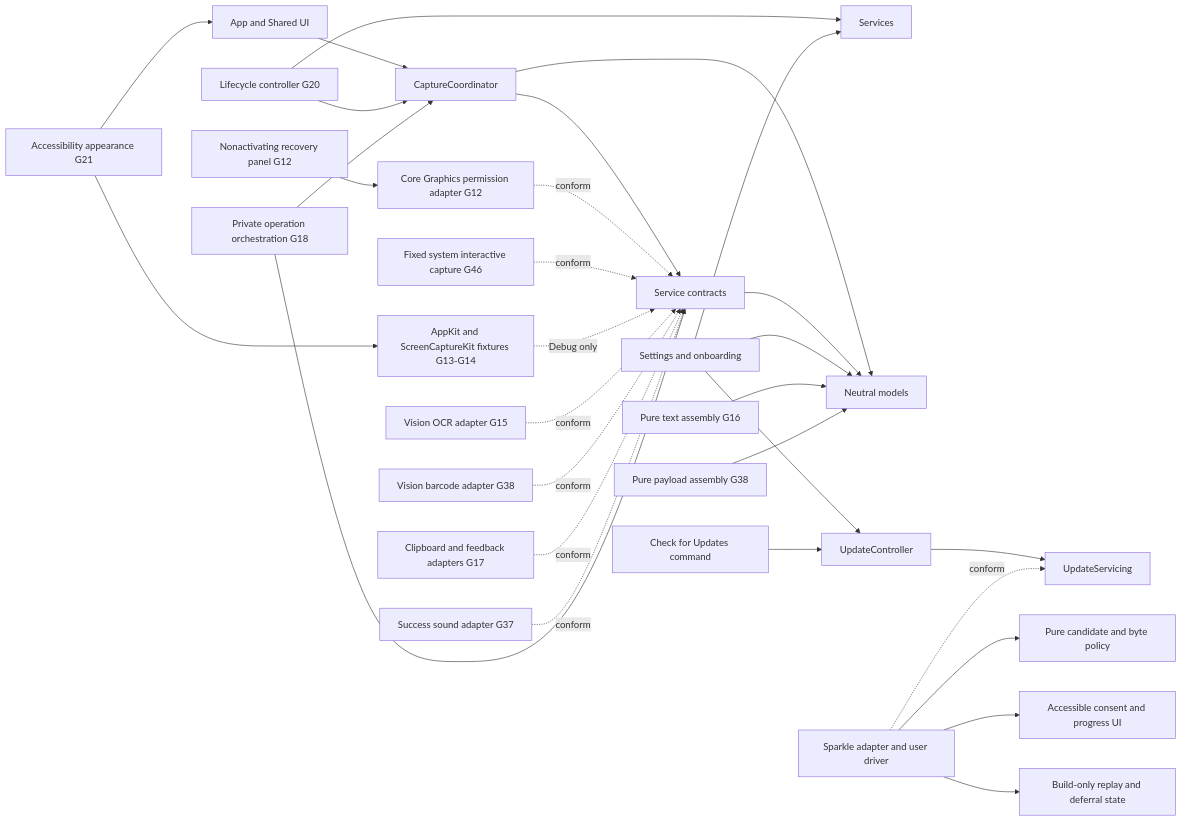
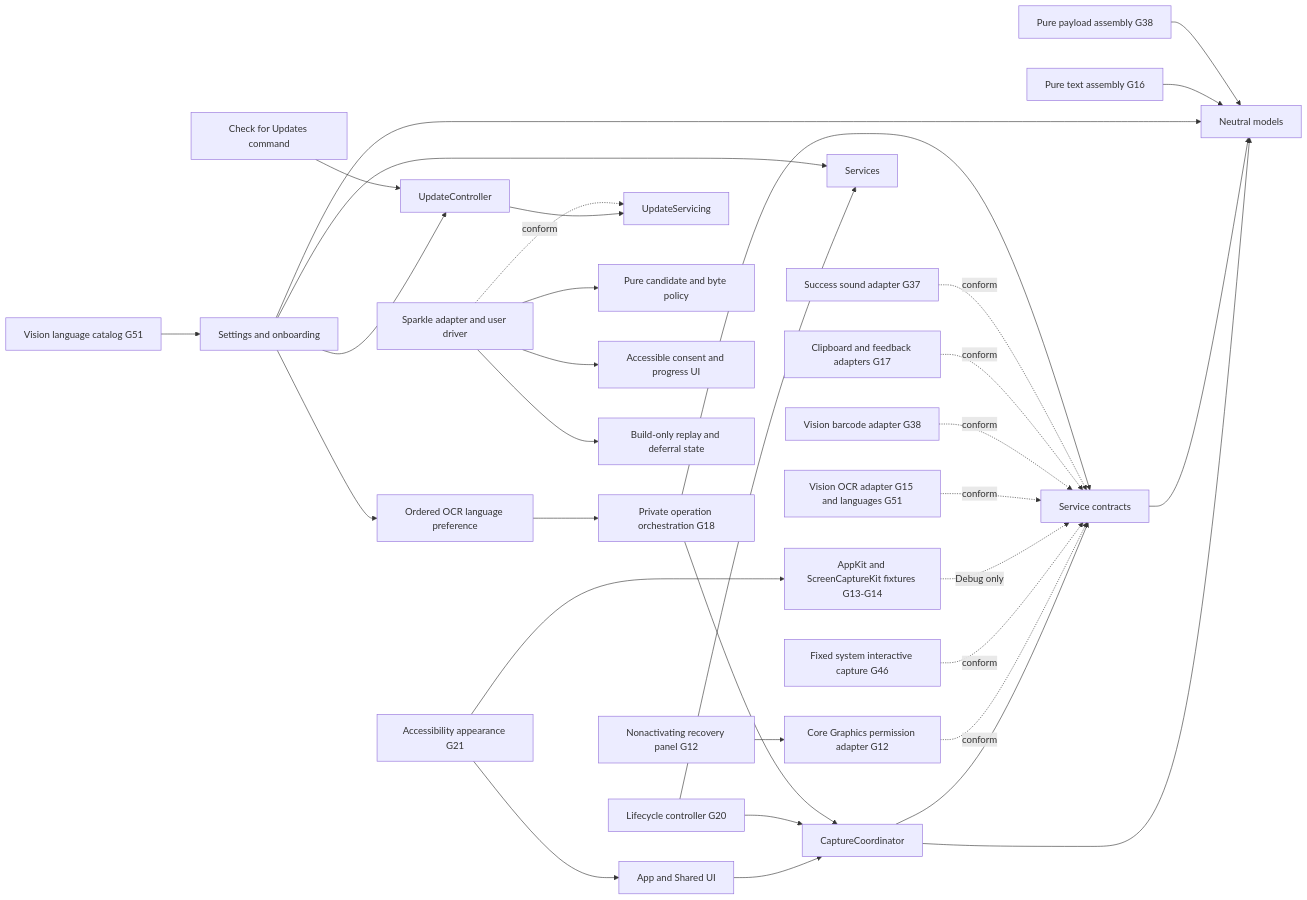
One commit to bennetthilberg/copylasso changed the first of 2 diagrams in docs/architecture/overview.md. Above: the diagram before and after it, drawn with Mermaid. The commit also changed other lines of this file and 36 other files, not shown here.

Commit message:
add multilingual ocr settings

````diff
--- a/docs/architecture/overview.md
+++ b/docs/architecture/overview.md
@@ -7,32 +7,35 @@
 ```mermaid
 flowchart LR
   App["App and Shared UI"] --> Coordinator["CaptureCoordinator"]
   Appearance["Accessibility appearance G21"] --> App
   Appearance --> DebugCapture
   Lifecycle["Lifecycle controller G20"] --> Coordinator
   Lifecycle --> Services
   Coordinator --> Contracts["Service contracts"]
   Coordinator --> Models["Neutral models"]
   Contracts --> Models
   Settings["Settings and onboarding"] --> Services
   Settings --> Models
   Settings --> Updates["UpdateController"]
   UpdateMenu["Check for Updates command"] --> Updates
   Updates --> UpdateBoundary["UpdateServicing"]
   Sparkle["Sparkle adapter and user driver"] -. conform .-> UpdateBoundary
   Sparkle --> UpdatePolicy["Pure candidate and byte policy"]
   Sparkle --> UpdateUI["Accessible consent and progress UI"]
   Sparkle --> UpdateState["Build-only replay and deferral state"]
   Permission["Core Graphics permission adapter G12"] -. conform .-> Contracts
   Recovery["Nonactivating recovery panel G12"] --> Permission
   InteractiveCapture["Fixed system interactive capture G46"] -. conform .-> Contracts
   DebugCapture["AppKit and ScreenCaptureKit fixtures G13-G14"] -. Debug only .-> Contracts
-  OCR["Vision OCR adapter G15"] -. conform .-> Contracts
+  OCR["Vision OCR adapter G15 and languages G51"] -. conform .-> Contracts
+  LanguageCatalog["Vision language catalog G51"] --> Settings
+  Settings --> LanguagePreference["Ordered OCR language preference"]
+  LanguagePreference --> Workflow
   Format["Pure text assembly G16"] --> Models
   Barcode["Vision barcode adapter G38"] -. conform .-> Contracts
   CodeFormat["Pure payload assembly G38"] --> Models
   Output["Clipboard and feedback adapters G17"] -. conform .-> Contracts
   Sound["Success sound adapter G37"] -. conform .-> Contracts
   Workflow["Private operation orchestration G18"] --> Contracts
   Workflow --> Coordinator
 ```
````
